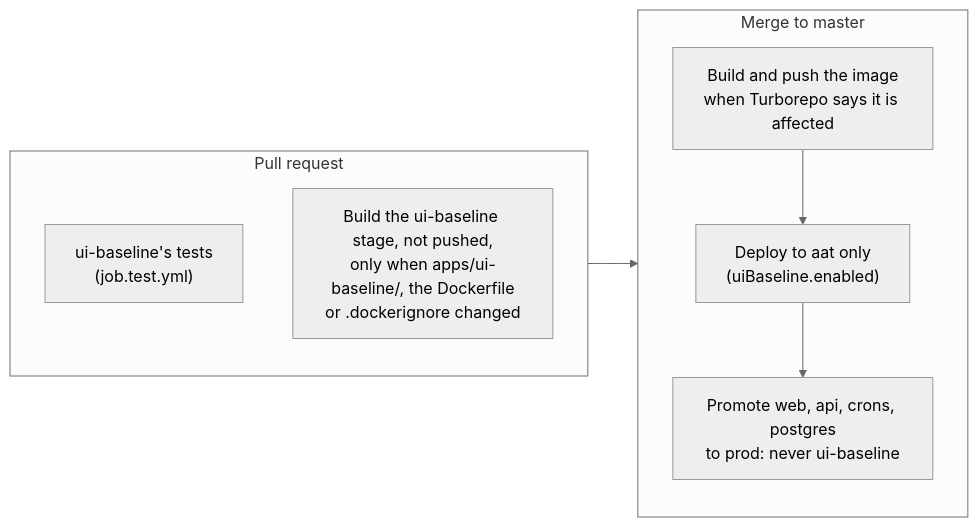
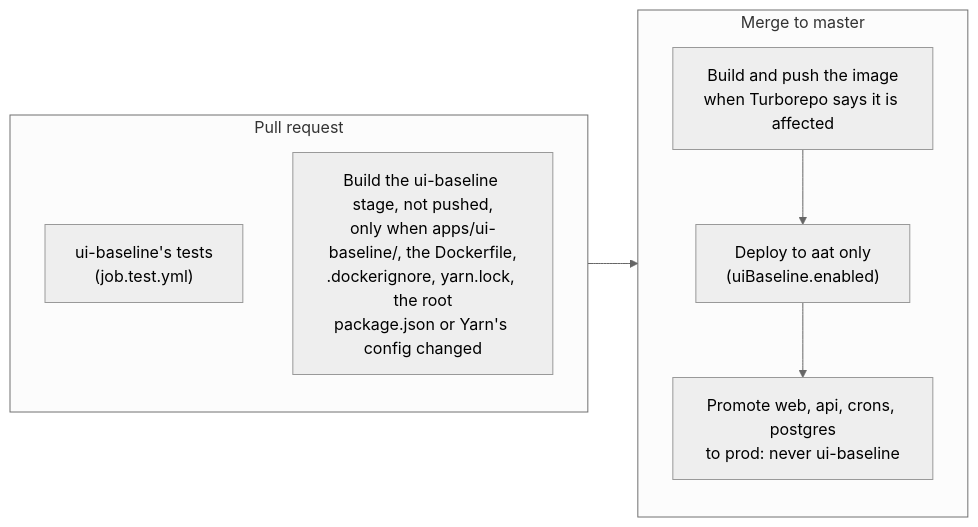
Before and after one commit to hmcts/cath-service: the eighth of 8 diagrams in apps/ui-baseline/ARCHITECTURE.md, drawn with Mermaid (neutral theme). The commit also changed other lines of this file and 12 other files, not shown here.

````diff
--- a/apps/ui-baseline/ARCHITECTURE.md
+++ b/apps/ui-baseline/ARCHITECTURE.md
@@ -222,14 +225,14 @@
 ```mermaid
 flowchart LR
   subgraph pr["Pull request"]
     tests["ui-baseline's tests<br/>(job.test.yml)"]
-    verify["Build the ui-baseline stage, not pushed,<br/>only when apps/ui-baseline/, the Dockerfile<br/>or .dockerignore changed"]
+    verify["Build the ui-baseline stage, not pushed,<br/>only when apps/ui-baseline/, the Dockerfile,<br/>.dockerignore, yarn.lock, the root<br/>package.json or Yarn's config changed"]
   end
   subgraph master["Merge to master"]
     build["Build and push the image<br/>when Turborepo says it is affected"]
     deploy["Deploy to aat only<br/>(uiBaseline.enabled)"]
     promote["Promote web, api, crons, postgres<br/>to prod: never ui-baseline"]
   end
   pr --> master
   build --> deploy --> promote
 ```
````
